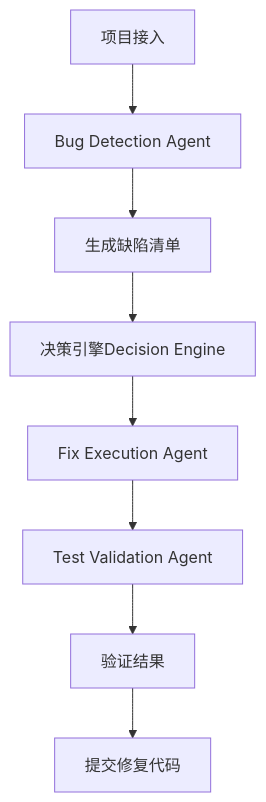
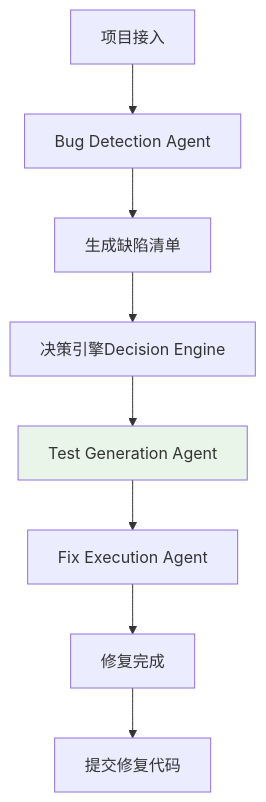
Before and after one commit to zhuxie0719/CodeAgent: the first of 4 diagrams in docs/五个Agent详细说明.md, drawn with Mermaid. The commit also changed other lines of this file and 4 other files, not shown here.

````diff
--- a/docs/五个Agent详细说明.md
+++ b/docs/五个Agent详细说明.md
@@ -11,10 +11,12 @@
 ```mermaid
 flowchart TD
     A[项目接入] --> B[Bug Detection Agent]
     B --> C[生成缺陷清单]
     C --> D[决策引擎Decision Engine]
-    D --> E[Fix Execution Agent]
-    E --> F[Test Validation Agent]
-    F --> G[验证结果]
+    D --> TGA[Test Generation Agent]
+    TGA --> E[Fix Execution Agent]
+    E --> G[修复完成]
     G --> H[提交修复代码]
+    
+    style TGA fill:#e8f5e8
 ```
````
